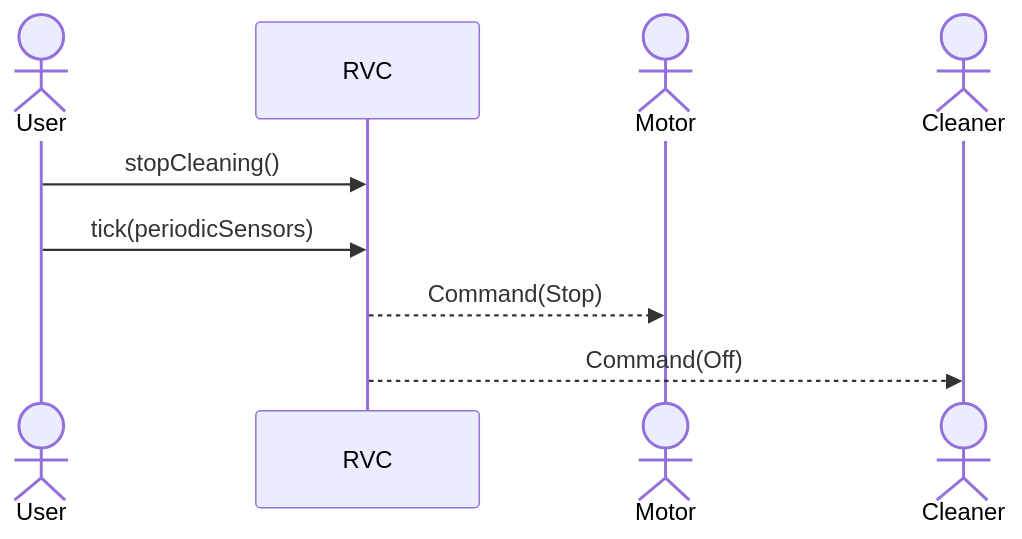
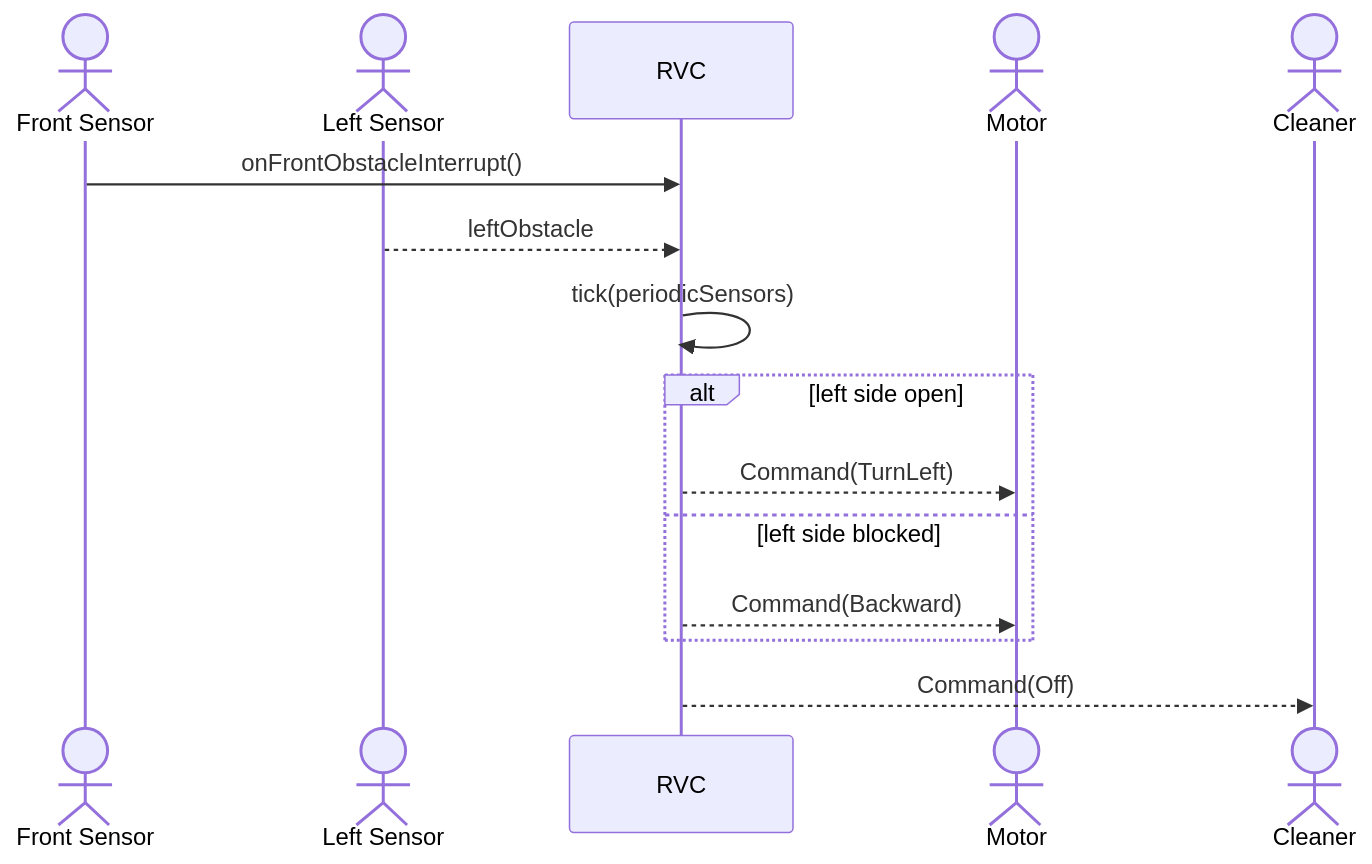
One commit to reload02/ooad-vibe changed the second of 4 diagrams in docs/ooa_ssd.md. Above: the diagram before and after it, drawn with Mermaid. The commit also changed other lines of this file and 22 other files, not shown here.

````diff
--- a/docs/ooa_ssd.md
+++ b/docs/ooa_ssd.md
@@ -20,12 +20,18 @@
 ```mermaid
 sequenceDiagram
-    actor User
+    actor FrontSensor as Front Sensor
+    actor LeftSensor as Left Sensor
     participant RVC as RVC
     actor Motor
     actor Cleaner
 
-    User->>RVC: stopCleaning()
-    User->>RVC: tick(periodicSensors)
-    RVC-->>Motor: Command(Stop)
+    FrontSensor->>RVC: onFrontObstacleInterrupt()
+    LeftSensor-->>RVC: leftObstacle
+    RVC->>RVC: tick(periodicSensors)
+    alt left side open
+        RVC-->>Motor: Command(TurnLeft)
+    else left side blocked
+        RVC-->>Motor: Command(Backward)
+    end
     RVC-->>Cleaner: Command(Off)
 ```
````
